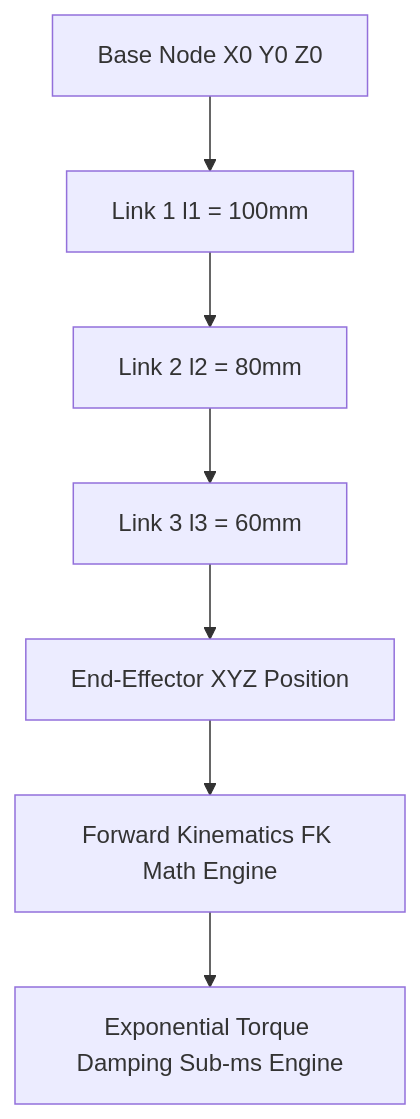
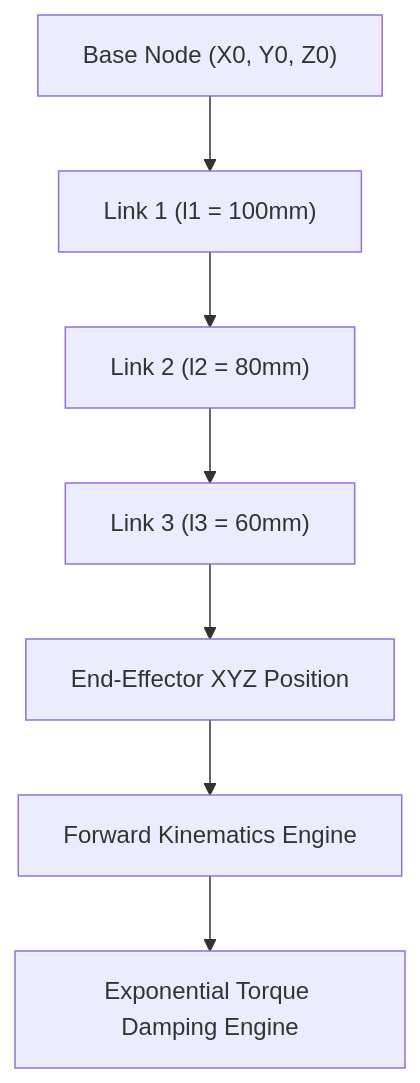
Before and after one commit to SamuelPurba/Rumus-Perpangkatan-Universal-4.0: the third of 6 diagrams in README.md, drawn with Mermaid. The commit also changed other lines of this file, not shown here.

Commit message:
docs(ieee): Format README.md strictly to IEEE Transactions Manuscript Specification with numbered equations, table titles, figure captions, and citations

````diff
--- a/README.md
+++ b/README.md
@@ -290,10 +232,9 @@
 ```mermaid
 graph TD
-    BASE["Base Node X0 Y0 Z0"] --> LINK1["Link 1 l1 = 100mm"]
-    LINK1 --> LINK2["Link 2 l2 = 80mm"]
-    LINK2 --> LINK3["Link 3 l3 = 60mm"]
+    BASE["Base Node (X0, Y0, Z0)"] --> LINK1["Link 1 (l1 = 100mm)"]
+    LINK1 --> LINK2["Link 2 (l2 = 80mm)"]
+    LINK2 --> LINK3["Link 3 (l3 = 60mm)"]
     LINK3 --> EE["End-Effector XYZ Position"]
-    
-    EE --> FK_SOLVER["Forward Kinematics FK Math Engine"]
-    FK_SOLVER --> DAMPING["Exponential Torque Damping Sub-ms Engine"]
+    EE --> FK["Forward Kinematics Engine"]
+    FK --> DAMP["Exponential Torque Damping Engine"]
 ```
````
